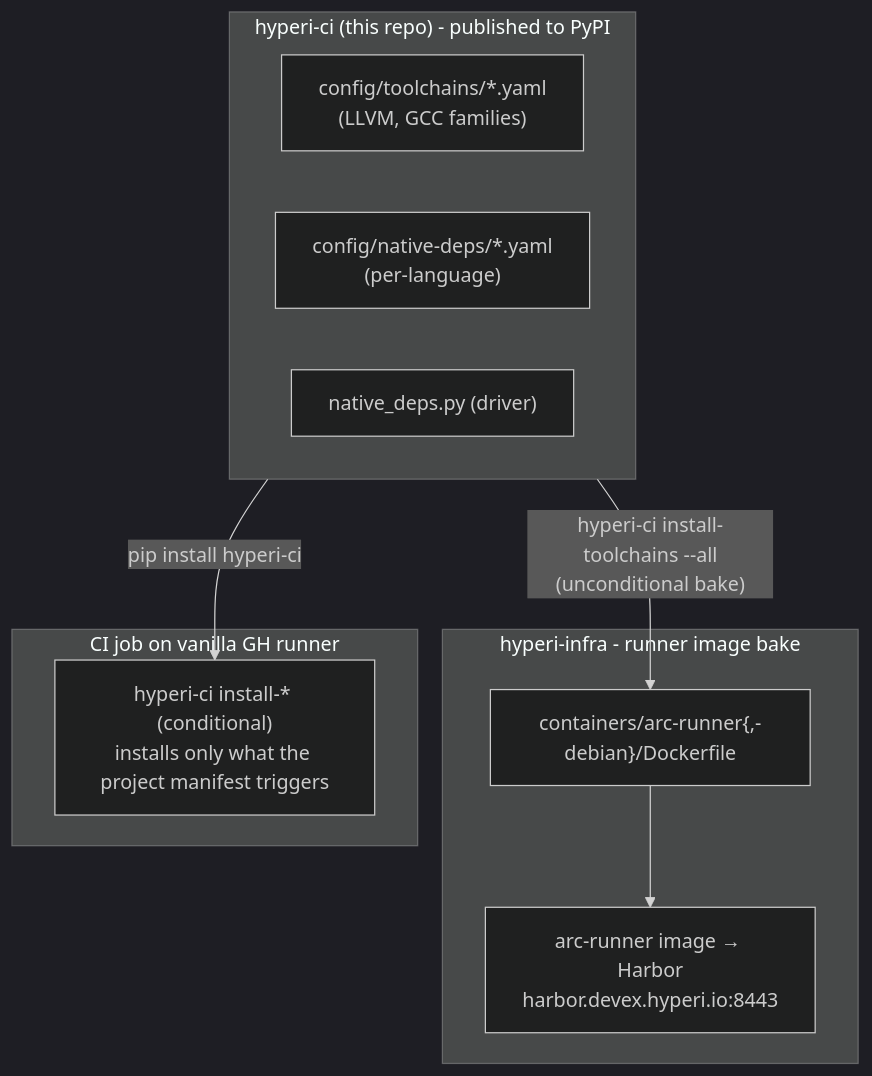
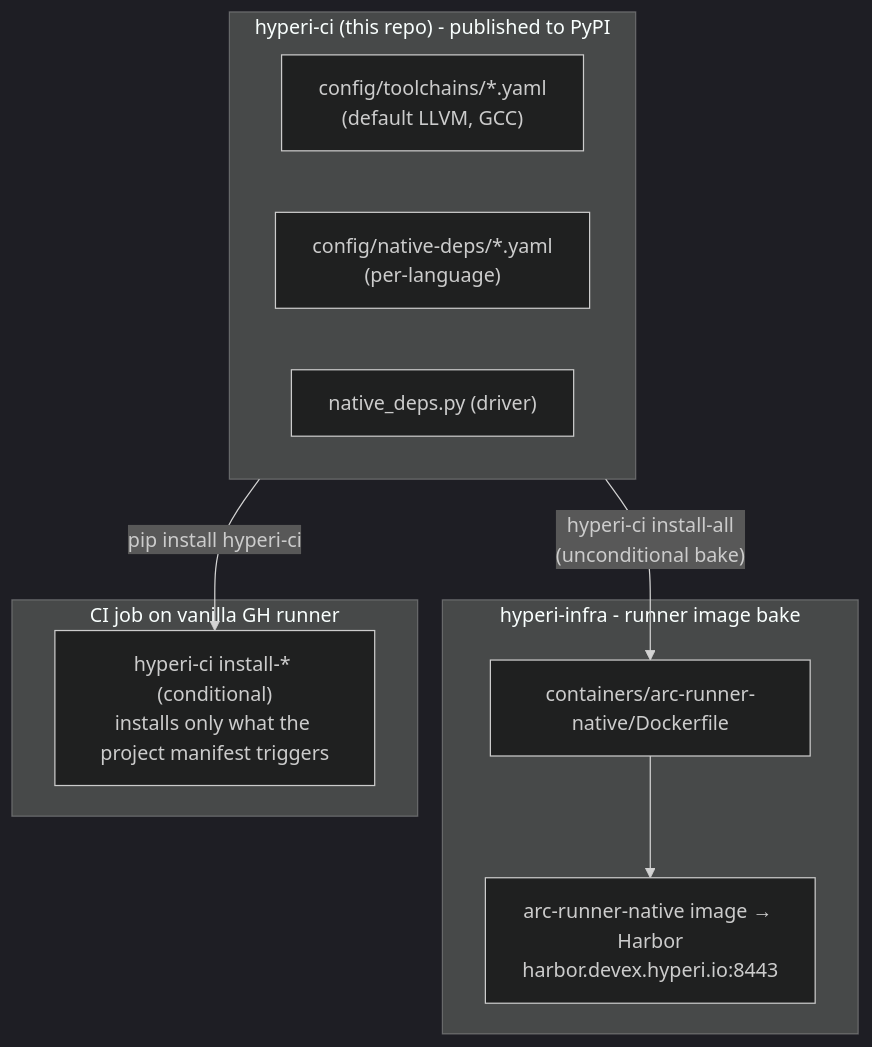
One commit to hyperi-io/hyperi-ci changed the diagram in docs/runtime/runner-image.md. Above: the diagram before and after it, drawn with Mermaid (dark theme). The commit also changed other lines of this file and 21 other files, not shown here.

````diff
--- a/docs/runtime/runner-image.md
+++ b/docs/runtime/runner-image.md
@@ -14,17 +14,17 @@
 ```mermaid
 flowchart TB
     subgraph HCI["hyperi-ci (this repo) - published to PyPI"]
-        TC["config/toolchains/*.yaml<br/>(LLVM, GCC families)"]
+        TC["config/toolchains/*.yaml<br/>(default LLVM, GCC)"]
         ND["config/native-deps/*.yaml<br/>(per-language)"]
         DRV["native_deps.py (driver)"]
     end
     subgraph INFRA["hyperi-infra - runner image bake"]
-        DF["containers/arc-runner{,-debian}/Dockerfile"]
-        IMG["arc-runner image → Harbor<br/>harbor.devex.hyperi.io:8443"]
+        DF["containers/arc-runner-native/Dockerfile"]
+        IMG["arc-runner-native image → Harbor<br/>harbor.devex.hyperi.io:8443"]
     end
     subgraph CIJOB["CI job on vanilla GH runner"]
         AUTO["hyperi-ci install-* (conditional)<br/>installs only what the project manifest triggers"]
     end
-    HCI -->|"hyperi-ci install-toolchains --all<br/>(unconditional bake)"| DF --> IMG
+    HCI -->|"hyperi-ci install-all<br/>(unconditional bake)"| DF --> IMG
     HCI -->|"pip install hyperi-ci"| AUTO
 ```
````
